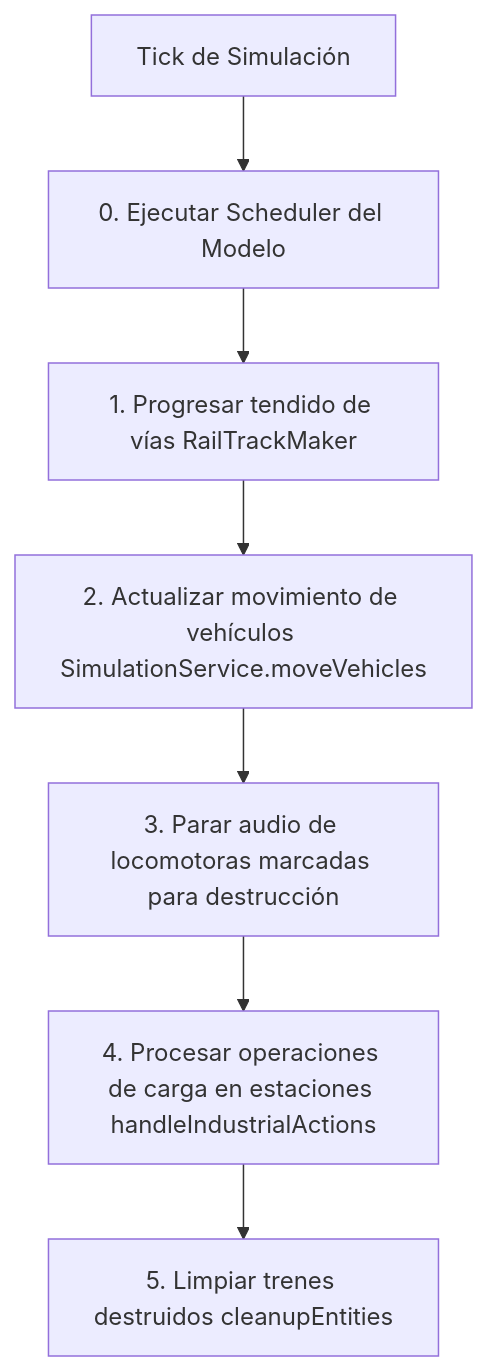
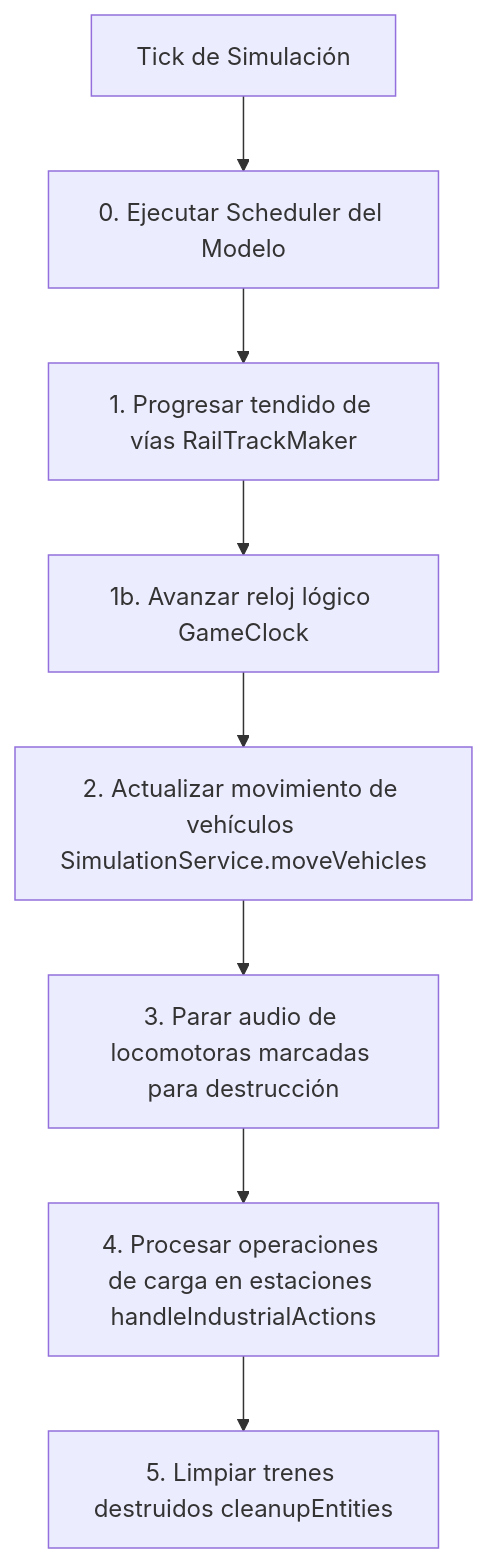
The second of 3 diagrams in docs/developer/architecture/GameLoop.md (antoniovazquezaraujo/LeTrain), drawn with Mermaid before and after one commit. The commit also changed other lines of this file and 1 other file, not shown here.

First line of the commit message:
docs(architecture): document the game clock and weather subsystem

````diff
--- a/docs/developer/architecture/GameLoop.md
+++ b/docs/developer/architecture/GameLoop.md
@@ -109,9 +109,10 @@
 ```mermaid
 flowchart TD
     Start[Tick de Simulación] --> Step0[0. Ejecutar Scheduler del Modelo]
     Step0 --> Step1[1. Progresar tendido de vías RailTrackMaker]
-    Step1 --> Step2[2. Actualizar movimiento de vehículos SimulationService.moveVehicles]
+    Step1 --> Step1b[1b. Avanzar reloj lógico GameClock]
+    Step1b --> Step2[2. Actualizar movimiento de vehículos SimulationService.moveVehicles]
     Step2 --> Step3[3. Parar audio de locomotoras marcadas para destrucción]
     Step3 --> Step4[4. Procesar operaciones de carga en estaciones handleIndustrialActions]
     Step4 --> Step5[5. Limpiar trenes destruidos cleanupEntities]
 ```
````
